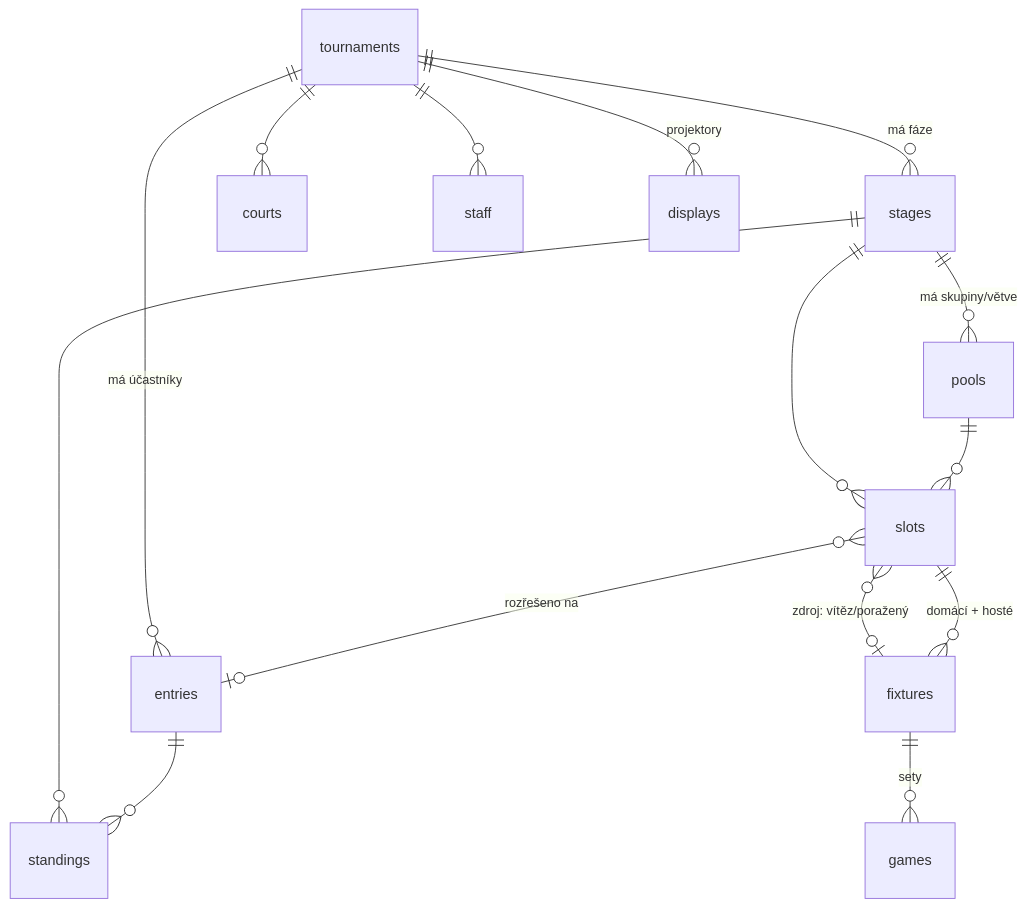
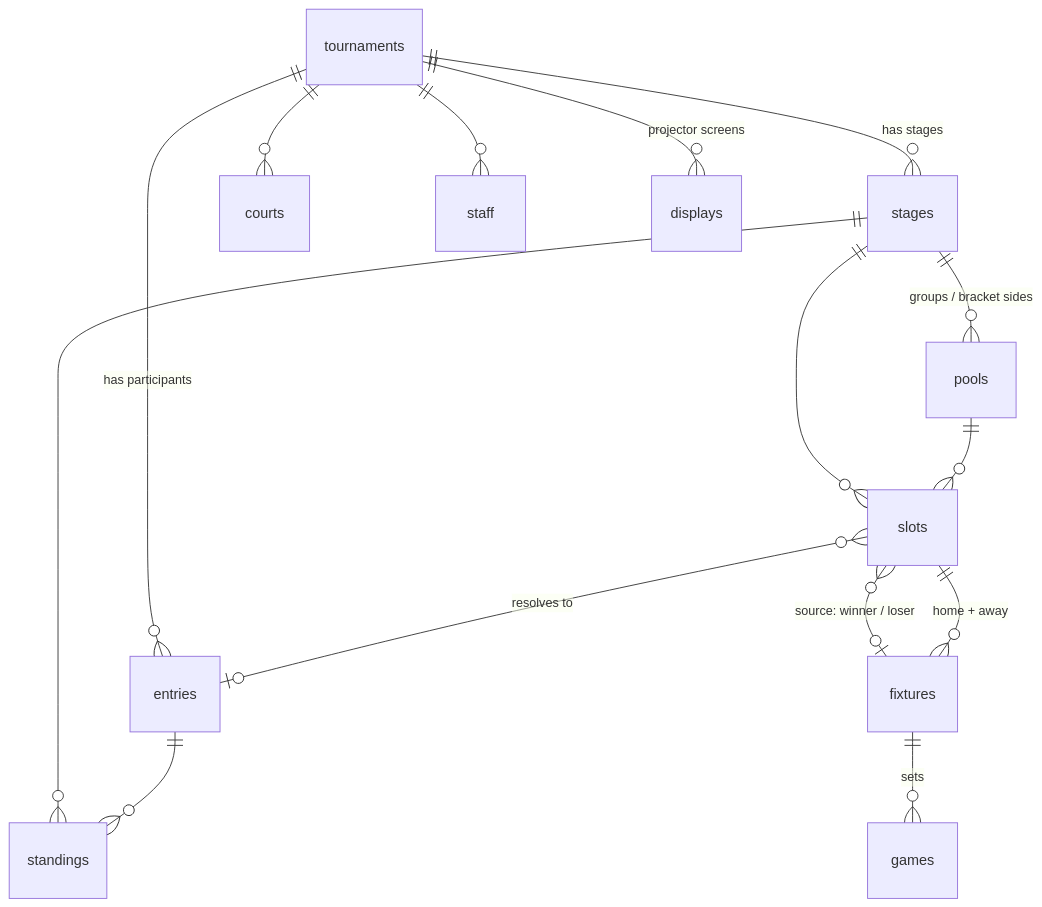
The diagram in docs/DATA-MODEL.md (HonzaTuron/whistle-day), drawn with Mermaid before and after one commit. The commit also changed other lines of this file and 17 other files, not shown here.

````diff
--- a/docs/DATA-MODEL.md
+++ b/docs/DATA-MODEL.md
@@ -21,17 +21,17 @@
 ```mermaid
 erDiagram
-    tournaments ||--o{ stages    : "má fáze"
-    tournaments ||--o{ entries   : "má účastníky"
+    tournaments ||--o{ stages    : "has stages"
+    tournaments ||--o{ entries   : "has participants"
     tournaments ||--o{ courts    : ""
     tournaments ||--o{ staff     : ""
-    tournaments ||--o{ displays  : "projektory"
-    stages      ||--o{ pools     : "má skupiny/větve"
+    tournaments ||--o{ displays  : "projector screens"
+    stages      ||--o{ pools     : "groups / bracket sides"
     stages      ||--o{ slots     : ""
     stages      ||--o{ standings : ""
     pools       ||--o{ slots     : ""
-    slots       }o--o| entries   : "rozřešeno na"
-    slots       }o--o| fixtures  : "zdroj: vítěz/poražený"
-    fixtures    }o--|| slots     : "domácí + hosté"
-    fixtures    ||--o{ games     : "sety"
+    slots       }o--o| entries   : "resolves to"
+    slots       }o--o| fixtures  : "source: winner / loser"
+    fixtures    }o--|| slots     : "home + away"
+    fixtures    ||--o{ games     : "sets"
     entries     ||--o{ standings : ""
 ```
````
